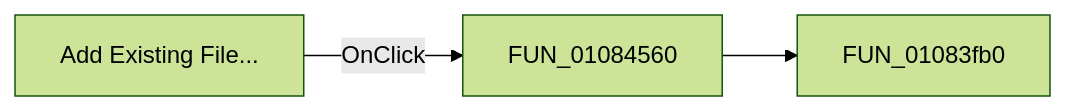
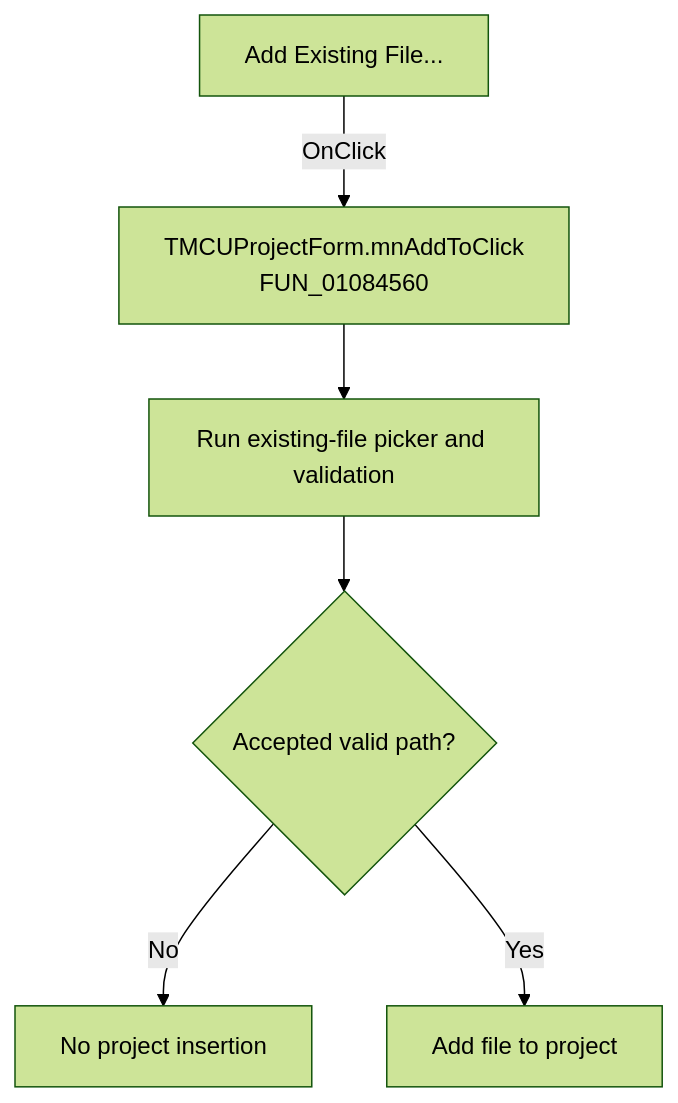
The diagram in docs/ui-controls/mcuprojectform/mnaddto-1968543a3c.md (MovGP0/TIARA), drawn with Mermaid (forest theme) before and after one commit. The commit also changed other lines of this file and 1062 other files, not shown here.

````diff
--- a/docs/ui-controls/mcuprojectform/mnaddto-1968543a3c.md
+++ b/docs/ui-controls/mcuprojectform/mnaddto-1968543a3c.md
@@ -27,5 +27,8 @@
 ```mermaid
-flowchart LR
-    control["Add Existing File..."] -->|OnClick| handler["FUN_01084560"]
-    handler --> call1["FUN_01083fb0"]
+flowchart TD
+    control["Add Existing File..."] -->|OnClick| handler["TMCUProjectForm.mnAddToClick<br/>FUN_01084560"]
+    handler --> add["Run existing-file picker and validation"]
+    add --> result{"Accepted valid path?"}
+    result -->|No| noOp["No project insertion"]
+    result -->|Yes| insert["Add file to project"]
 ```
````
